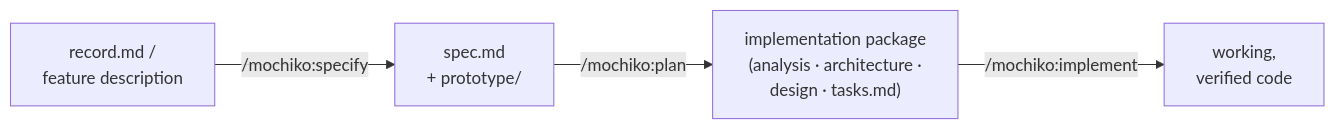
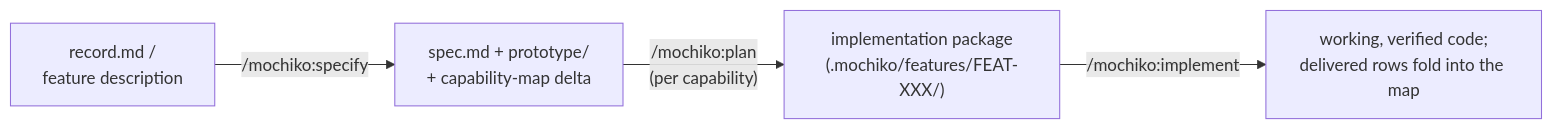
The second of 3 diagrams in README.md (humaninloop-dev/mochiko), drawn with Mermaid before and after one commit. The commit also changed other lines of this file, not shown here.

````diff
--- a/README.md
+++ b/README.md
@@ -48,6 +55,6 @@
 ```mermaid
 flowchart LR
-    R["record.md /<br/>feature description"] -- "/mochiko:specify" --> S["spec.md<br/>+ prototype/"]
-    S -- "/mochiko:plan" --> P["implementation package<br/>(analysis · architecture ·<br/>design · tasks.md)"]
-    P -- "/mochiko:implement" --> C["working,<br/>verified code"]
+    R["record.md /<br/>feature description"] -- "/mochiko:specify" --> S["spec.md + prototype/<br/>+ capability-map delta"]
+    S -- "/mochiko:plan<br/>(per capability)" --> P["implementation package<br/>(.mochiko/features/FEAT-XXX/)"]
+    P -- "/mochiko:implement" --> C["working, verified code;<br/>delivered rows fold into the map"]
 ```
````
